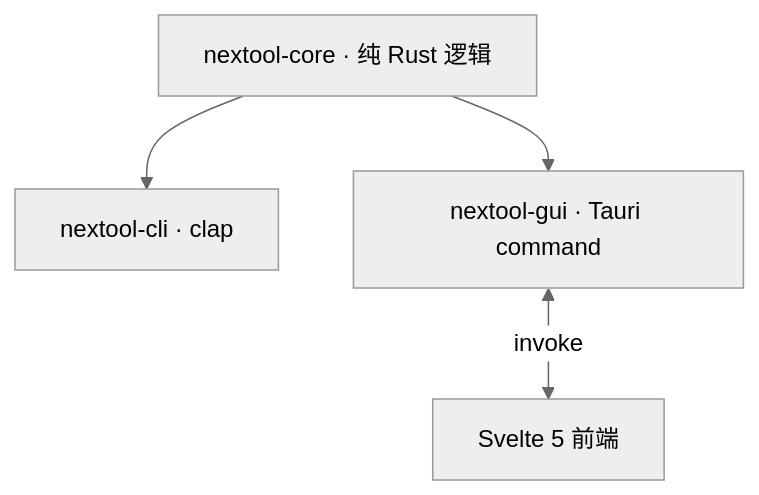
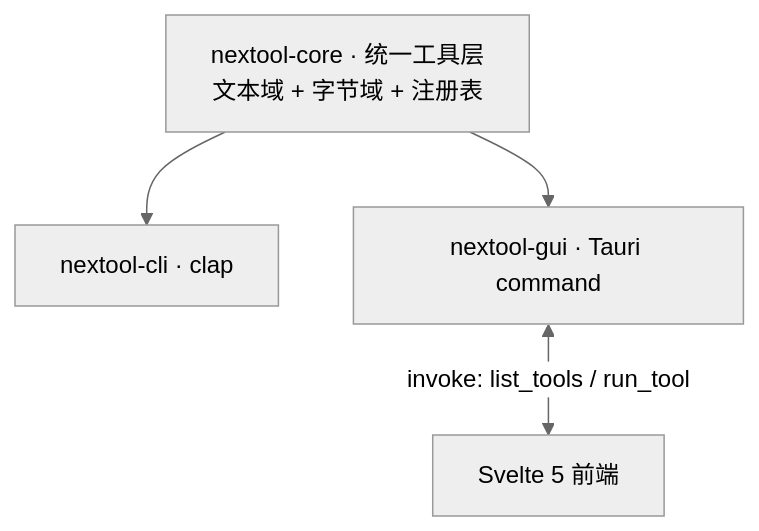
Before and after one commit to int2t05/NexToolkit: the diagram in README.md, drawn with Mermaid (neutral theme). The commit also changed other lines of this file and 2 other files, not shown here.

````diff
--- a/README.md
+++ b/README.md
@@ -11,6 +9,6 @@
 ```mermaid
 flowchart TD
-  CORE["nextool-core · 纯 Rust 逻辑"] --> CLI["nextool-cli · clap"]
+  CORE["nextool-core · 统一工具层<br/>文本域 + 字节域 + 注册表"] --> CLI["nextool-cli · clap"]
   CORE --> GUI["nextool-gui · Tauri command"]
-  GUI <-->|"invoke"| FE["Svelte 5 前端"]
+  GUI <-->|"invoke: list_tools / run_tool"| FE["Svelte 5 前端"]
 ```
````
